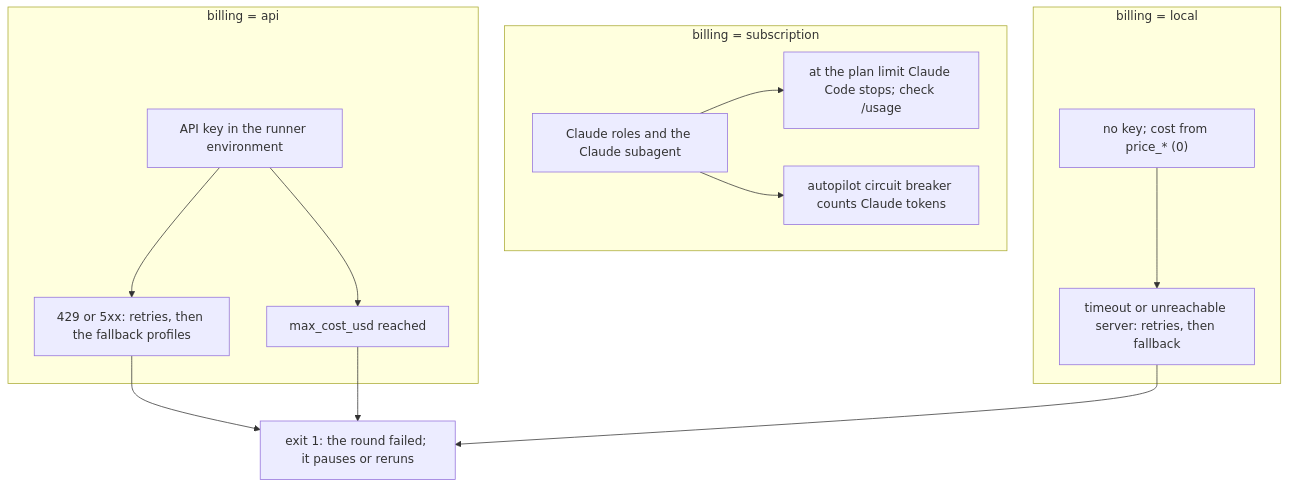
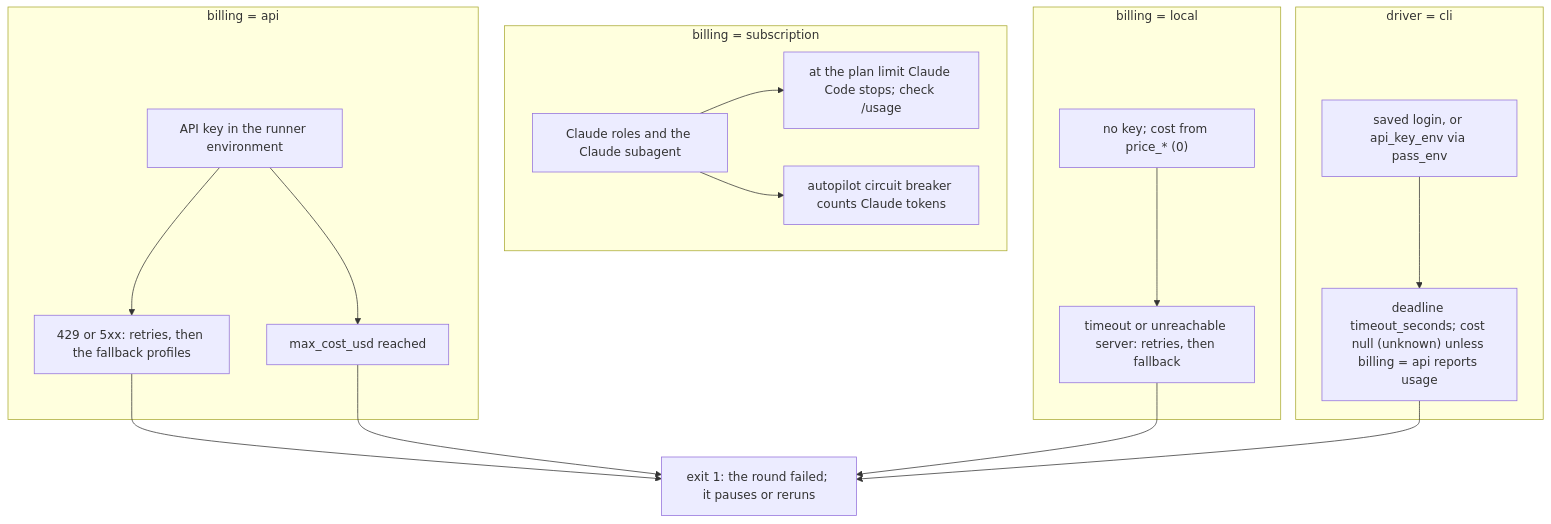
Before and after one commit to jakos/claude-baseline: the first of 3 diagrams in docs/task-flow/external-implementer.md, drawn with Mermaid. The commit also changed other lines of this file and 26 other files, not shown here.

First line of the commit message:
feat(task-flow): add a generic cli driver to implement.py

````diff
--- a/docs/task-flow/external-implementer.md
+++ b/docs/task-flow/external-implementer.md
@@ -28,26 +31,32 @@
 ```mermaid
 flowchart TD
   subgraph subg["billing = subscription"]
     claude["Claude roles and the Claude subagent"]
     usage["at the plan limit Claude Code stops; check /usage"]
     breaker["autopilot circuit breaker counts Claude tokens"]
     claude --> usage
     claude --> breaker
   end
   subgraph apig["billing = api"]
     key["API key in the runner environment"]
     retry["429 or 5xx: retries, then the fallback profiles"]
     cap["max_cost_usd reached"]
     key --> retry
     key --> cap
   end
   subgraph loc["billing = local"]
     nokey["no key; cost from price_* (0)"]
     lretry["timeout or unreachable server: retries, then fallback"]
     nokey --> lretry
   end
+  subgraph clib["driver = cli"]
+    clilogin["saved login, or api_key_env via pass_env"]
+    clilim["deadline timeout_seconds; cost null (unknown) unless billing = api reports usage"]
+    clilogin --> clilim
+  end
   exit1["exit 1: the round failed; it pauses or reruns"]
   retry --> exit1
   cap --> exit1
   lretry --> exit1
+  clilim --> exit1
 ```
````
